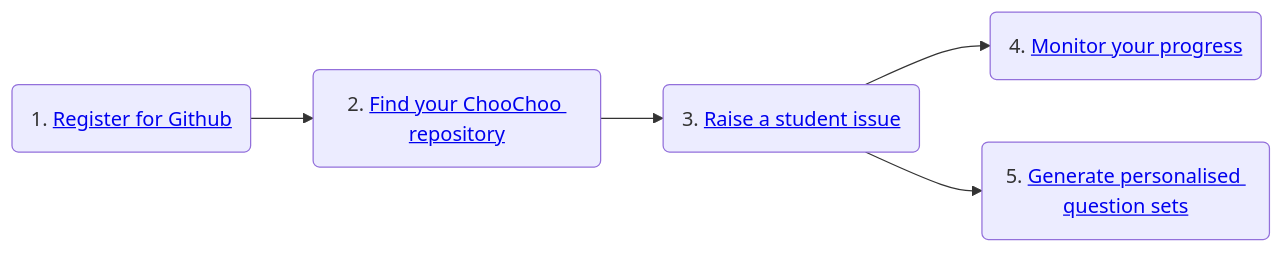
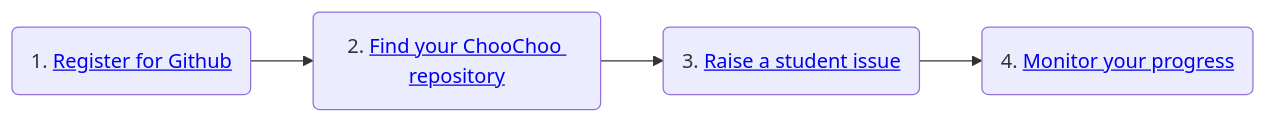
One commit to lucydot/ChooChoo changed the diagram in docs/students/setup.md. Above: the diagram before and after it, drawn with Mermaid. The commit also changed other lines of this file, not shown here.

````diff
--- a/docs/students/setup.md
+++ b/docs/students/setup.md
@@ -2,7 +2,6 @@
 ``` mermaid
 graph LR
   A(1. <a href='https://lucydot.github.io/ChooChoo/students/setup#1-register-for-github'>Register for Github</a>) --> B(2. <a href='https://lucydot.github.io/ChooChoo/students/setup#2-find-your-choochoo-repository'>Find your ChooChoo repository</a>);
   B --> C(3. <a href='https://lucydot.github.io/ChooChoo/students/setup#3-raise-a-student-issue'>Raise a student issue</a>);
   C --> D(4. <a href='https://lucydot.github.io/ChooChoo/students/setup#4-monitor-your-progress'>Monitor your progress</a>); 
-  C --> E(5. <a href='https://lucydot.github.io/ChooChoo/students/setup#5-generate-personalised-question-sets'>Generate personalised question sets</a>); 
 ```
````
